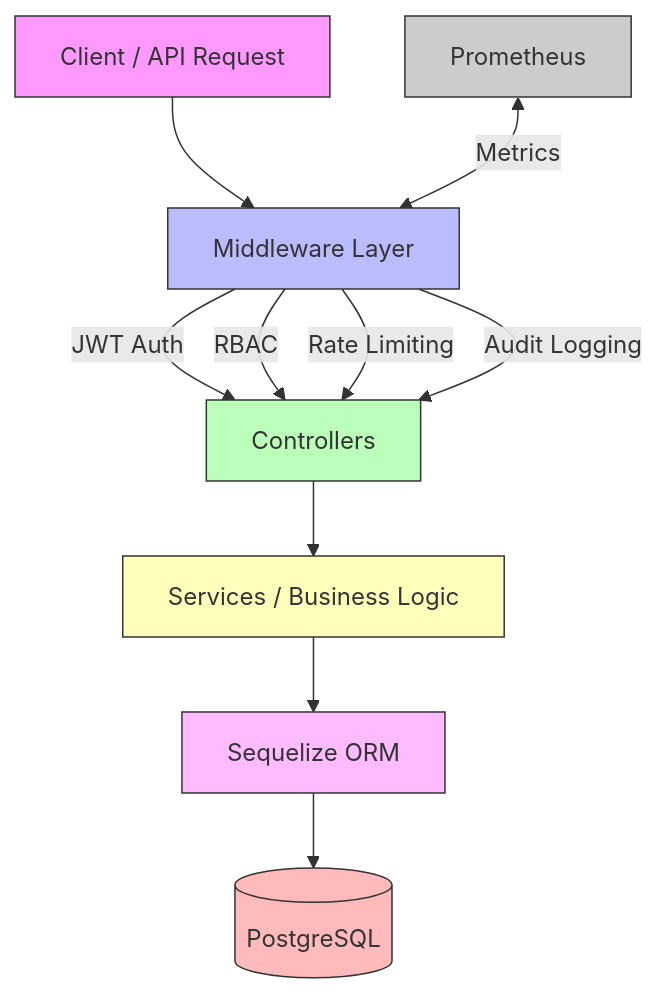
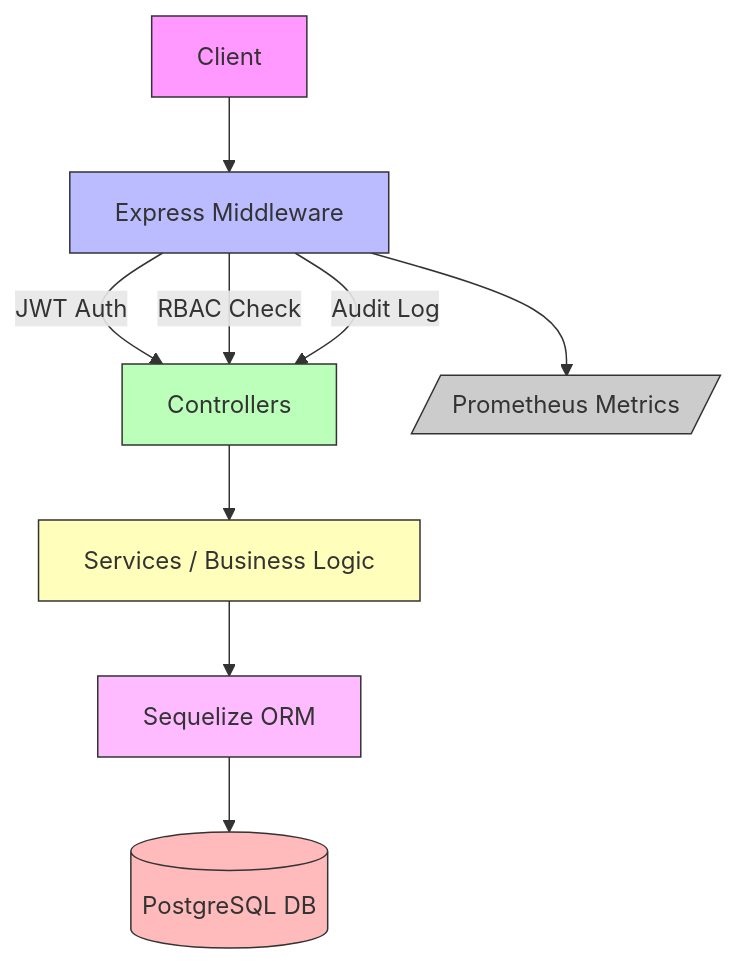
Before and after one commit to olubusade/emr-suite-backend: the diagram in README.md, drawn with Mermaid. The commit also changed other lines of this file and 14 other files, not shown here.

````diff
--- a/README.md
+++ b/README.md
@@ -86,20 +90,19 @@
 ```mermaid
 flowchart TD
-    A[Client / API Request] --> B[Middleware Layer]
+    A[Client] --> B[Express Middleware]
     B -->|JWT Auth| C[Controllers]
-    B -->|RBAC| C
-    B -->|Rate Limiting| C
-    B -->|Audit Logging| C
+    B -->|RBAC Check| C
+    B -->|Audit Log| C
     C --> D[Services / Business Logic]
     D --> E[Sequelize ORM]
-    E --> F[(PostgreSQL)]
-    G[Prometheus] <-->|Metrics| B
+    E --> F[(PostgreSQL DB)]
+    B --> G[/Prometheus Metrics/]
 
     style A fill:#f9f,stroke:#333
     style B fill:#bbf,stroke:#333
     style C fill:#bfb,stroke:#333
     style D fill:#ffb,stroke:#333
     style E fill:#fbf,stroke:#333
     style F fill:#fbb,stroke:#333
     style G fill:#ccc,stroke:#333
 ```
````
